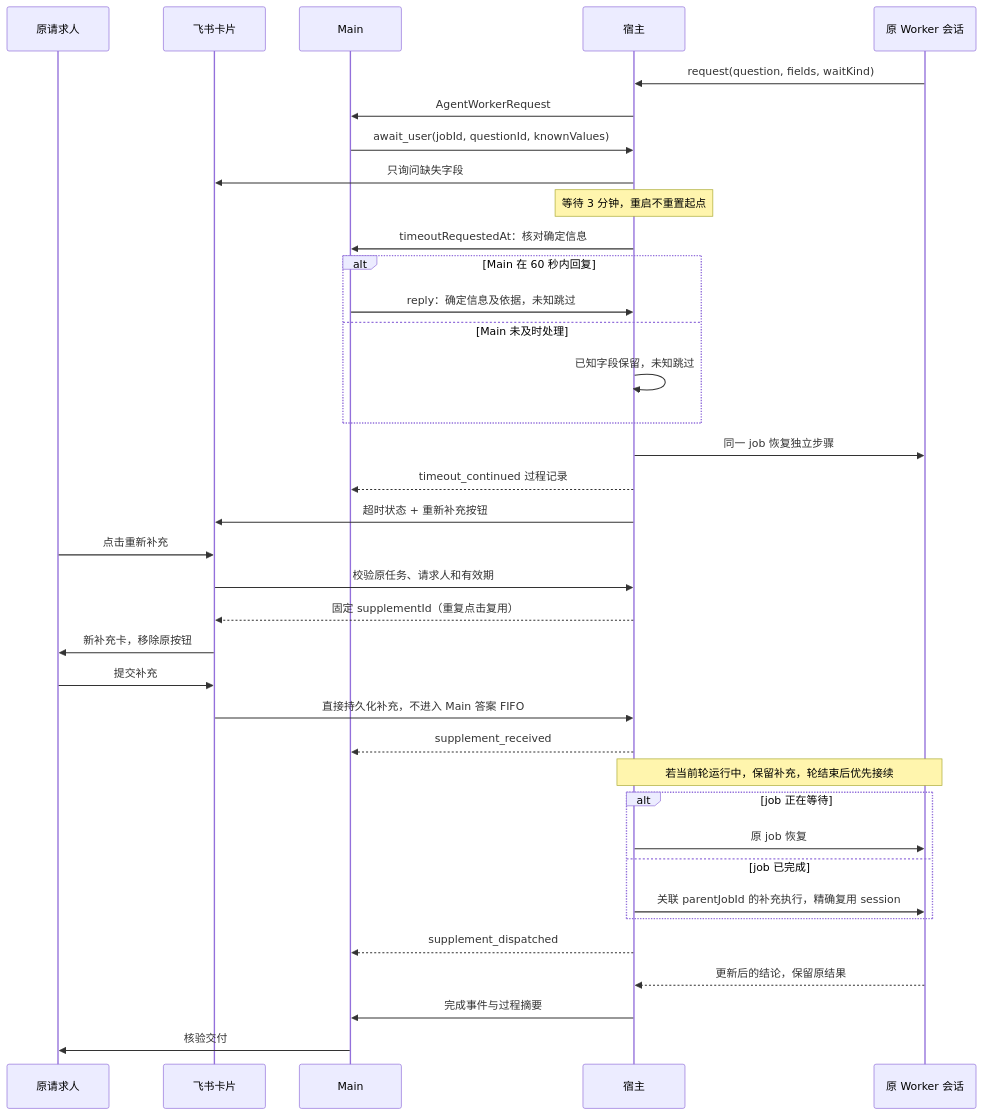
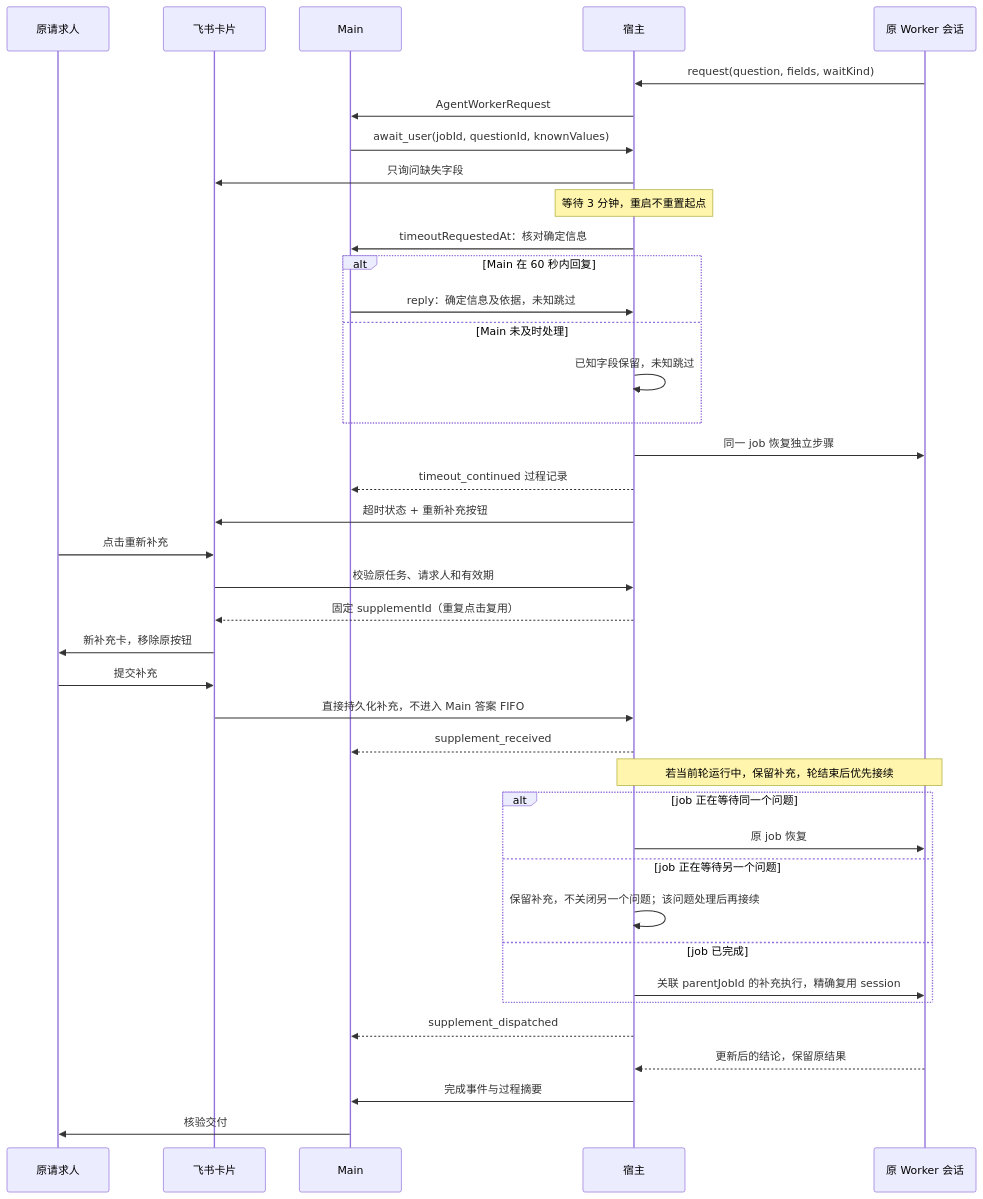
The second of 2 diagrams in docs/main-worker-collaboration.md (Lydanne/agent-plugins), drawn with Mermaid before and after one commit. The commit also changed other lines of this file and 8 other files, not shown here.

````diff
--- a/docs/main-worker-collaboration.md
+++ b/docs/main-worker-collaboration.md
@@ -41,39 +41,41 @@
 ```mermaid
 sequenceDiagram
     participant U as 原请求人
     participant F as 飞书卡片
     participant M as Main
     participant H as 宿主
     participant W as 原 Worker 会话
     W->>H: request(question, fields, waitKind)
     H->>M: AgentWorkerRequest
     M->>H: await_user(jobId, questionId, knownValues)
     H->>F: 只询问缺失字段
     Note over H: 等待 3 分钟，重启不重置起点
     H->>M: timeoutRequestedAt：核对确定信息
     alt Main 在 60 秒内回复
         M->>H: reply：确定信息及依据，未知跳过
     else Main 未及时处理
         H->>H: 已知字段保留，未知跳过
     end
     H->>W: 同一 job 恢复独立步骤
     H-->>M: timeout_continued 过程记录
     H->>F: 超时状态 + 重新补充按钮
     U->>F: 点击重新补充
     F->>H: 校验原任务、请求人和有效期
     H-->>F: 固定 supplementId（重复点击复用）
     F->>U: 新补充卡，移除原按钮
     U->>F: 提交补充
     F->>H: 直接持久化补充，不进入 Main 答案 FIFO
     H-->>M: supplement_received
     Note over H,W: 若当前轮运行中，保留补充，轮结束后优先接续
-    alt job 正在等待
+    alt job 正在等待同一个问题
         H->>W: 原 job 恢复
+    else job 正在等待另一个问题
+        H->>H: 保留补充，不关闭另一个问题；该问题处理后再接续
     else job 已完成
         H->>W: 关联 parentJobId 的补充执行，精确复用 session
     end
     H-->>M: supplement_dispatched
     W-->>H: 更新后的结论，保留原结果
     H->>M: 完成事件与过程摘要
     M->>U: 核验交付
 ```
````
